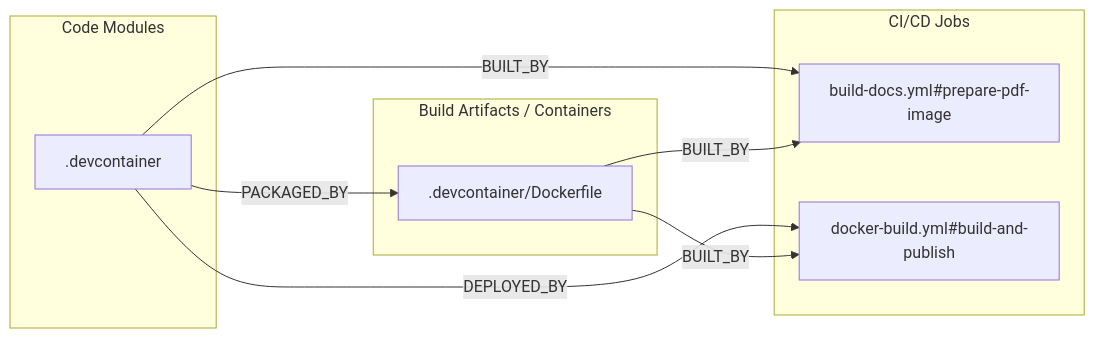
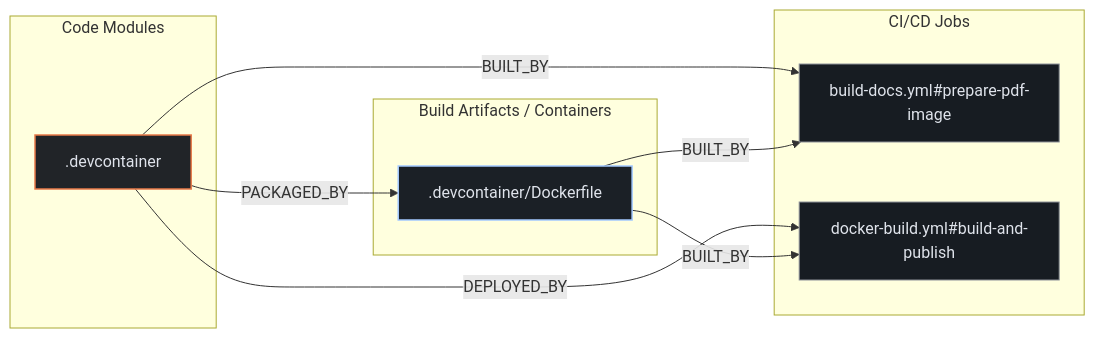
The first of 2 diagrams in exports/latest/reports/nextcloud-documentation-report.md (kumarshaz/atruss-code-atlas), drawn with Mermaid before and after one commit. The commit also changed other lines of this file and 331 other files, not shown here.

Commit message:
docs,ui,fix: update SDLC docs, reorder CI/CD DAG first, stylize Mermaid, and fix Arc42 pipeline topology

````diff
--- a/exports/latest/reports/nextcloud-documentation-report.md
+++ b/exports/latest/reports/nextcloud-documentation-report.md
@@ -94,18 +94,22 @@
 ```mermaid
 flowchart LR
+    classDef atlasCategory fill:#212428,stroke:#E87A48,stroke-width:1.5px,color:#dfe3eb
+    classDef atlasWorkflow fill:#1b2026,stroke:#a3c9ff,stroke-width:1.5px,color:#dfe3eb
+    classDef atlasJob fill:#171c22,stroke:#8d9199,stroke-width:1px,color:#dfe3eb
+    classDef atlasTarget fill:#005227,stroke:#8bd99b,stroke-width:1.5px,color:#a7f6b6
     subgraph code_modules["Code Modules"]
-        mod__devcontainer[".devcontainer"]
+        mod__devcontainer[".devcontainer"]:::atlasCategory
     end
     subgraph build_artifacts["Build Artifacts / Containers"]
-        art__devcontainer_Dockerfile[".devcontainer/Dockerfile"]
+        art__devcontainer_Dockerfile[".devcontainer/Dockerfile"]:::atlasWorkflow
     end
     subgraph ci_jobs["CI/CD Jobs"]
-        job_build_docs_yml_prepare_pdf_image["build-docs.yml#prepare-pdf-image"]
-        job_docker_build_yml_build_and_publish["docker-build.yml#build-and-publish"]
+        job_build_docs_yml_prepare_pdf_image["build-docs.yml#prepare-pdf-image"]:::atlasJob
+        job_docker_build_yml_build_and_publish["docker-build.yml#build-and-publish"]:::atlasJob
     end
     mod__devcontainer -->|BUILT_BY| job_build_docs_yml_prepare_pdf_image
     mod__devcontainer -->|DEPLOYED_BY| job_docker_build_yml_build_and_publish
     mod__devcontainer -->|PACKAGED_BY| art__devcontainer_Dockerfile
     art__devcontainer_Dockerfile -->|BUILT_BY| job_build_docs_yml_prepare_pdf_image
     art__devcontainer_Dockerfile -->|BUILT_BY| job_docker_build_yml_build_and_publish
 ```
````
